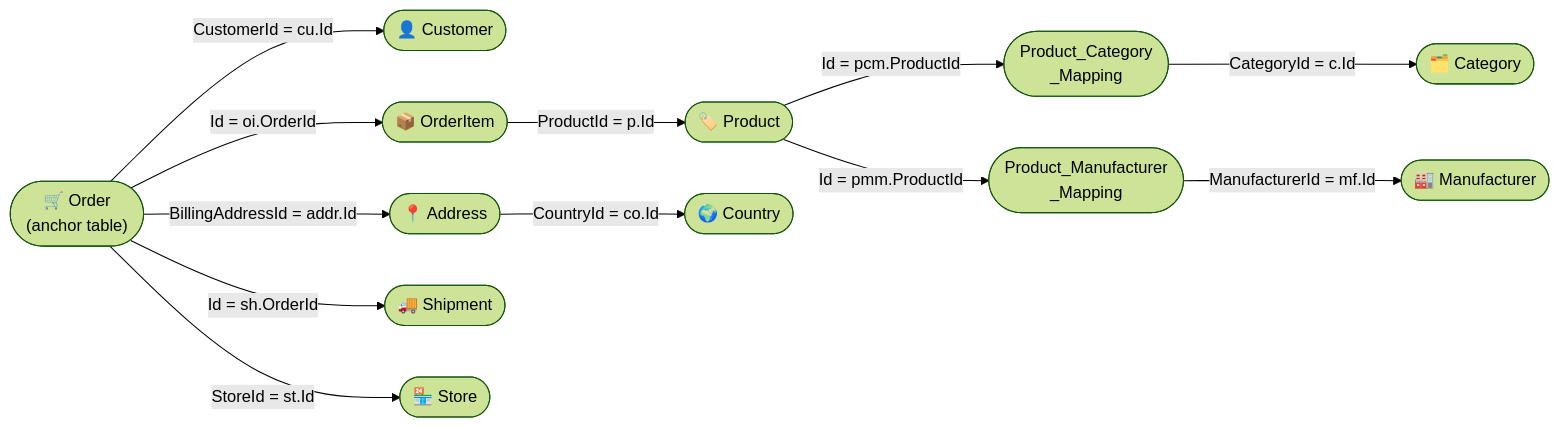
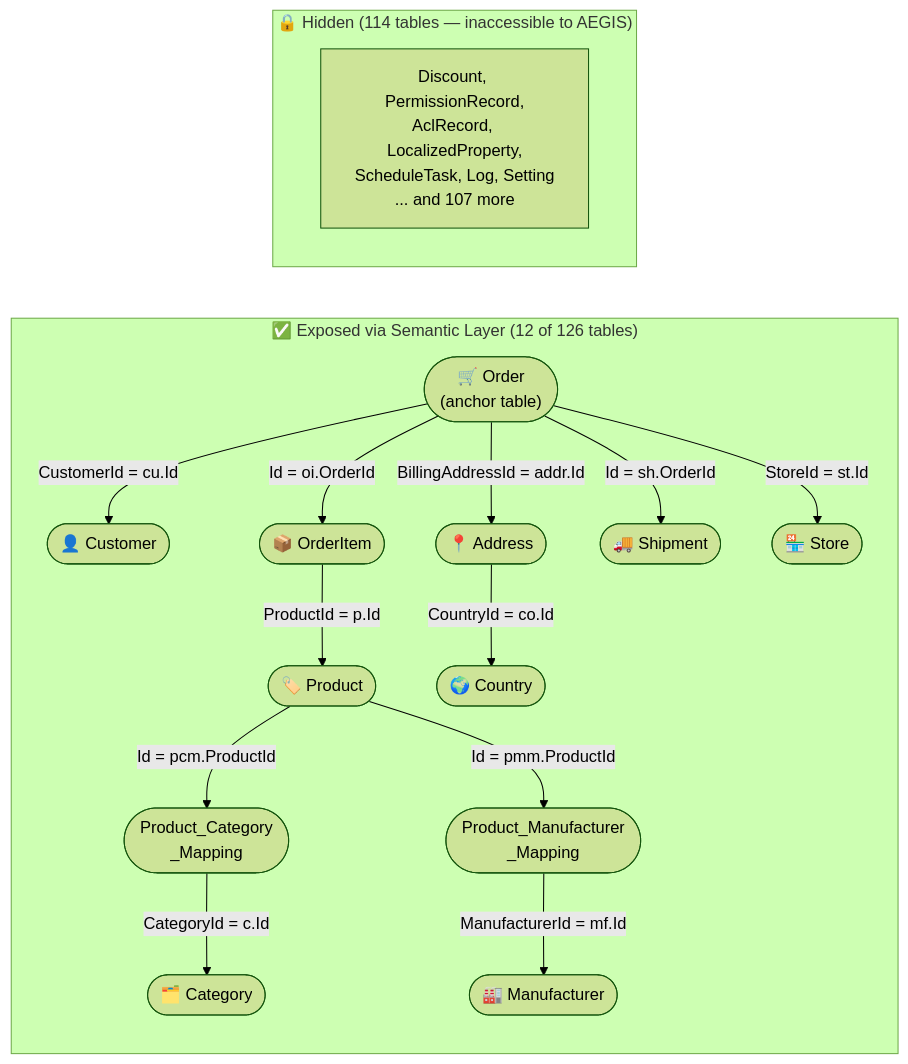
The fourth of 9 diagrams in EXPLAINER.md (md-riaz/AEGIS-Research), drawn with Mermaid (forest theme) before and after one commit. The commit also changed other lines of this file, not shown here.

Commit message:
Fix EXPLAINER: clarify join graph covers 12 of 126 schema tables
The database has 126 tables but the semantic layer intentionally
exposes only 12. The previous wording implied 11 was the total
table count. Updated the join graph section to show the exposed
vs hidden table split and added a BFS example table.

Claude-Session: https://claude.ai/code/session_01DvRr9HQLxZXBbypjEUQuGL

````diff
--- a/EXPLAINER.md
+++ b/EXPLAINER.md
@@ -161,27 +161,33 @@
 ```mermaid
-graph LR
-    Order(["🛒 Order\n(anchor table)"])
-    Customer(["👤 Customer"])
-    OrderItem(["📦 OrderItem"])
-    Product(["🏷️ Product"])
-    PCM(["Product_Category\n_Mapping"])
-    Category(["🗂️ Category"])
-    PMM(["Product_Manufacturer\n_Mapping"])
-    Manufacturer(["🏭 Manufacturer"])
-    Address(["📍 Address"])
-    Country(["🌍 Country"])
-    Shipment(["🚚 Shipment"])
-    Store(["🏪 Store"])
+flowchart LR
+    subgraph EXPOSED ["✅ Exposed via Semantic Layer (12 of 126 tables)"]
+        Order(["🛒 Order\n(anchor table)"])
+        Customer(["👤 Customer"])
+        OrderItem(["📦 OrderItem"])
+        Product(["🏷️ Product"])
+        PCM(["Product_Category\n_Mapping"])
+        Category(["🗂️ Category"])
+        PMM(["Product_Manufacturer\n_Mapping"])
+        Manufacturer(["🏭 Manufacturer"])
+        Address(["📍 Address"])
+        Country(["🌍 Country"])
+        Shipment(["🚚 Shipment"])
+        Store(["🏪 Store"])
+    end
+
+    subgraph HIDDEN ["🔒 Hidden (114 tables — inaccessible to AEGIS)"]
+        OTHER["Discount, PermissionRecord,\nAclRecord, LocalizedProperty,\nScheduleTask, Log, Setting\n... and 107 more"]
+    end
 
     Order -->|"CustomerId = cu.Id"| Customer
     Order -->|"Id = oi.OrderId"| OrderItem
     OrderItem -->|"ProductId = p.Id"| Product
     Product -->|"Id = pcm.ProductId"| PCM
     PCM -->|"CategoryId = c.Id"| Category
     Product -->|"Id = pmm.ProductId"| PMM
     PMM -->|"ManufacturerId = mf.Id"| Manufacturer
     Order -->|"BillingAddressId = addr.Id"| Address
     Address -->|"CountryId = co.Id"| Country
     Order -->|"Id = sh.OrderId"| Shipment
     Order -->|"StoreId = st.Id"| Store
 ```
````
